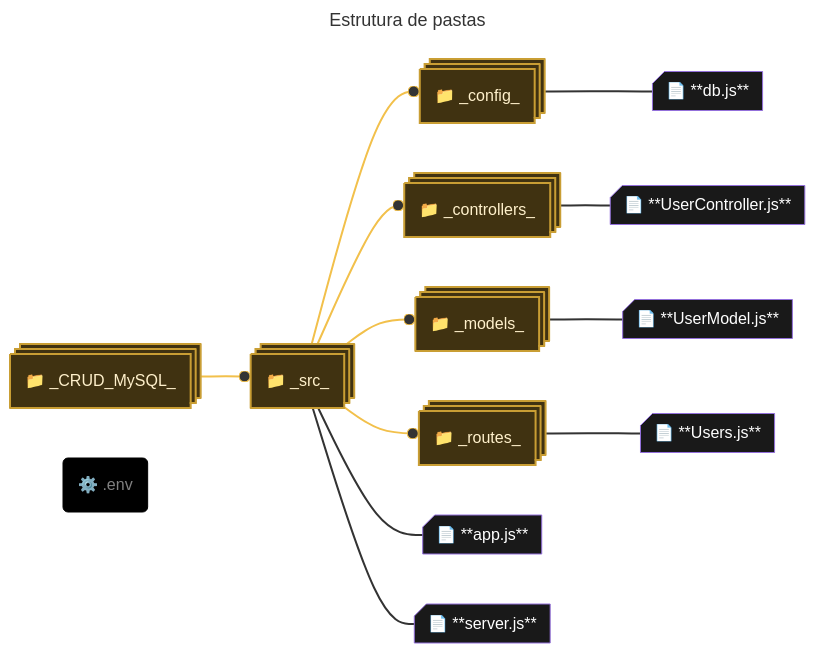
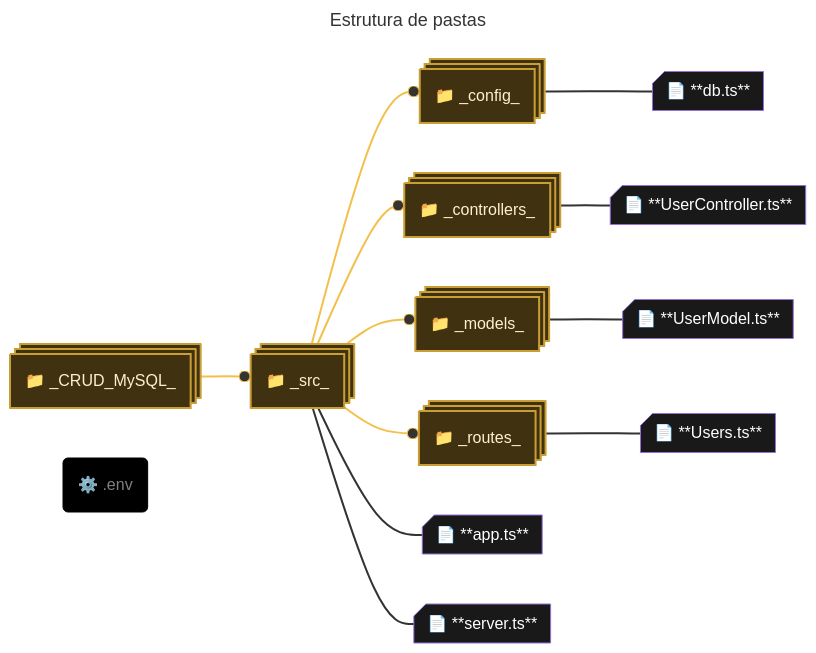
Before and after one commit to henrygoncalvess/CRUD_MySQL: the diagram in README.md, drawn with Mermaid.

Commit message:
atualizando código mermaid.js

````diff
--- a/README.md
+++ b/README.md
@@ -42,51 +42,51 @@
 ``` mermaid
 ---
 title:  Estrutura de pastas
 ---
 flowchart LR
     crud("📁 _CRUD_MySQL_")@{ shape: processes }
     crud --o src("📁 _src_")@{ shape: processes }
     src --o config("📁 _config_")@{ shape: processes }
-    config --- db.js("📄 **db.js**")@{ shape: card }
+    config --- db.ts("📄 **db.ts**")@{ shape: card }
     src --o controllers("📁 _controllers_")@{ shape: processes }
-    controllers --- UserController.js("📄 **UserController.js**")@{ shape: card }
+    controllers --- UserController.ts("📄 **UserController.ts**")@{ shape: card }
     src --o models("📁 _models_")@{ shape: processes }
-    models --- UserModel.js("📄 **UserModel.js**")@{ shape: card }
+    models --- UserModel.ts("📄 **UserModel.ts**")@{ shape: card }
     src --o routes("📁 _routes_")@{ shape: processes }
-    routes --- Users.js("📄 **Users.js**")@{ shape: card }
-    src --- app.js("📄 **app.js**")@{ shape: card }
-    src --- server.js("📄 **server.js**")@{ shape: card }
+    routes --- Users.ts("📄 **Users.ts**")@{ shape: card }
+    src --- app.ts("📄 **app.ts**")@{ shape: card }
+    src --- server.ts("📄 **server.ts**")@{ shape: card }
     env("⚙️ .env")
 
     %%CLASSES
     classDef default fill:#191919,color:white;
     
     classDef pasta fill:#403211,stroke:#c99e34,stroke-width:2px,color:#fff1cc;
     classDef envStyle fill:#000000,stroke:#000000,color:gray;
 
     %%aplicação de classes
     class crud,src,config,controllers,models,routes pasta
     class env envStyle
 
 
 
     %%LINKS
     
     %%pastas
     linkStyle 0,1,3,5,7 stroke:#f2c04b
 
     %%arquivos
     linkStyle default stroke-width:2px;
 
     click src "https://github.com/henrygoncalvess/CRUD_MySQL/tree/main/src"
     click config "https://github.com/henrygoncalvess/CRUD_MySQL/tree/main/src/config"
-    click db.js "https://github.com/henrygoncalvess/CRUD_MySQL/tree/main/src/config/db.js"
+    click db.ts "https://github.com/henrygoncalvess/CRUD_MySQL/tree/main/src/config/db.ts"
     click controllers "https://github.com/henrygoncalvess/CRUD_MySQL/tree/main/src/controllers"
-    click UserController.js "https://github.com/henrygoncalvess/CRUD_MySQL/tree/main/src/controllers/UserController.js"
+    click UserController.ts "https://github.com/henrygoncalvess/CRUD_MySQL/tree/main/src/controllers/UserController.ts"
     click models "https://github.com/henrygoncalvess/CRUD_MySQL/tree/main/src/models"
-    click UserModel.js "https://github.com/henrygoncalvess/CRUD_MySQL/tree/main/src/models/UserModel.js"
+    click UserModel.ts "https://github.com/henrygoncalvess/CRUD_MySQL/tree/main/src/models/UserModel.ts"
     click routes "https://github.com/henrygoncalvess/CRUD_MySQL/tree/main/src/routes"
-    click Users.js "https://github.com/henrygoncalvess/CRUD_MySQL/tree/main/src/routes/users.js"
-    click app.js "https://github.com/henrygoncalvess/CRUD_MySQL/tree/main/src/app.js"
-    click server.js "https://github.com/henrygoncalvess/CRUD_MySQL/tree/main/src/server.js"
+    click Users.ts "https://github.com/henrygoncalvess/CRUD_MySQL/tree/main/src/routes/Users.ts"
+    click app.ts "https://github.com/henrygoncalvess/CRUD_MySQL/tree/main/src/app.ts"
+    click server.ts "https://github.com/henrygoncalvess/CRUD_MySQL/tree/main/src/server.ts"
 ```
````
